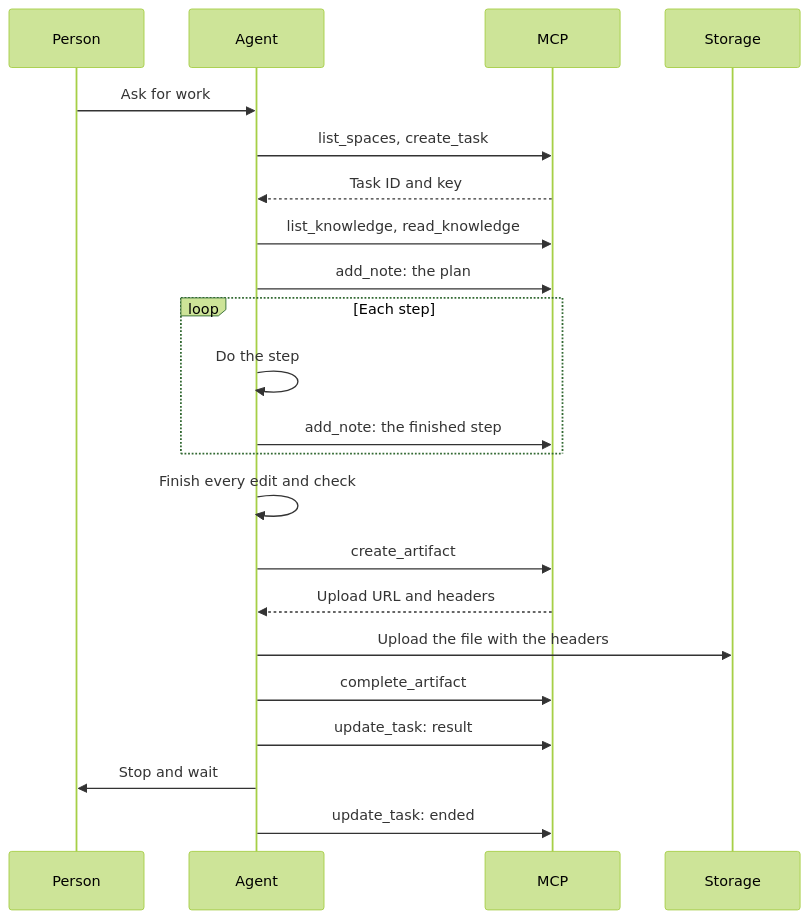
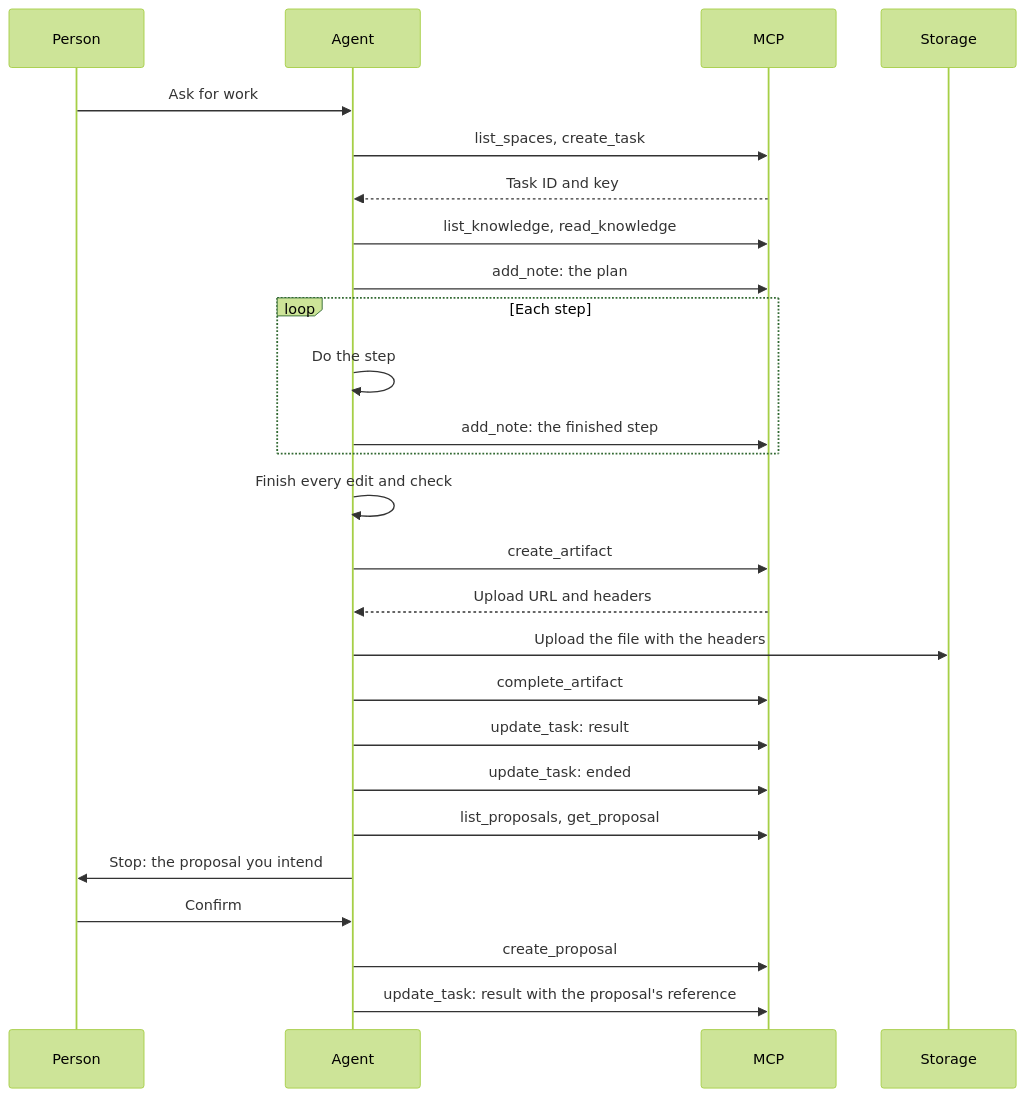
One commit to lorebayai/lorebay changed the diagram in lib/docs/contracts/agent-rules.md. Above: the diagram before and after it, drawn with Mermaid (forest theme). The commit also changed other lines of this file and 2 other files, not shown here.

````diff
--- a/lib/docs/contracts/agent-rules.md
+++ b/lib/docs/contracts/agent-rules.md
@@ -70,20 +70,24 @@
 ```mermaid
 sequenceDiagram
     Person->>Agent: Ask for work
     Agent->>MCP: list_spaces, create_task
     MCP-->>Agent: Task ID and key
     Agent->>MCP: list_knowledge, read_knowledge
     Agent->>MCP: add_note: the plan
     loop Each step
         Agent->>Agent: Do the step
         Agent->>MCP: add_note: the finished step
     end
     Agent->>Agent: Finish every edit and check
     Agent->>MCP: create_artifact
     MCP-->>Agent: Upload URL and headers
     Agent->>Storage: Upload the file with the headers
     Agent->>MCP: complete_artifact
     Agent->>MCP: update_task: result
-    Agent->>Person: Stop and wait
     Agent->>MCP: update_task: ended
+    Agent->>MCP: list_proposals, get_proposal
+    Agent->>Person: Stop: the proposal you intend
+    Person->>Agent: Confirm
+    Agent->>MCP: create_proposal
+    Agent->>MCP: update_task: result with the proposal's reference
 ```
````
